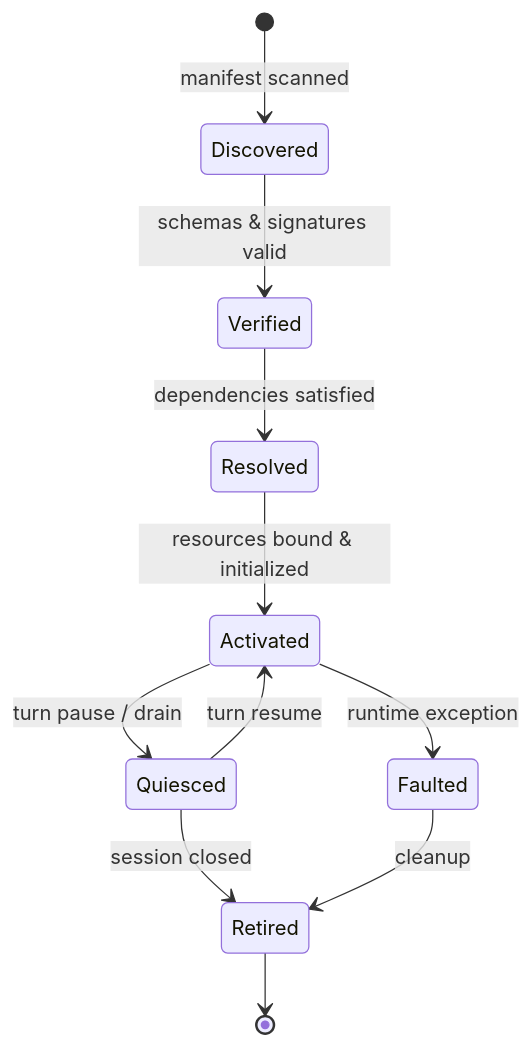
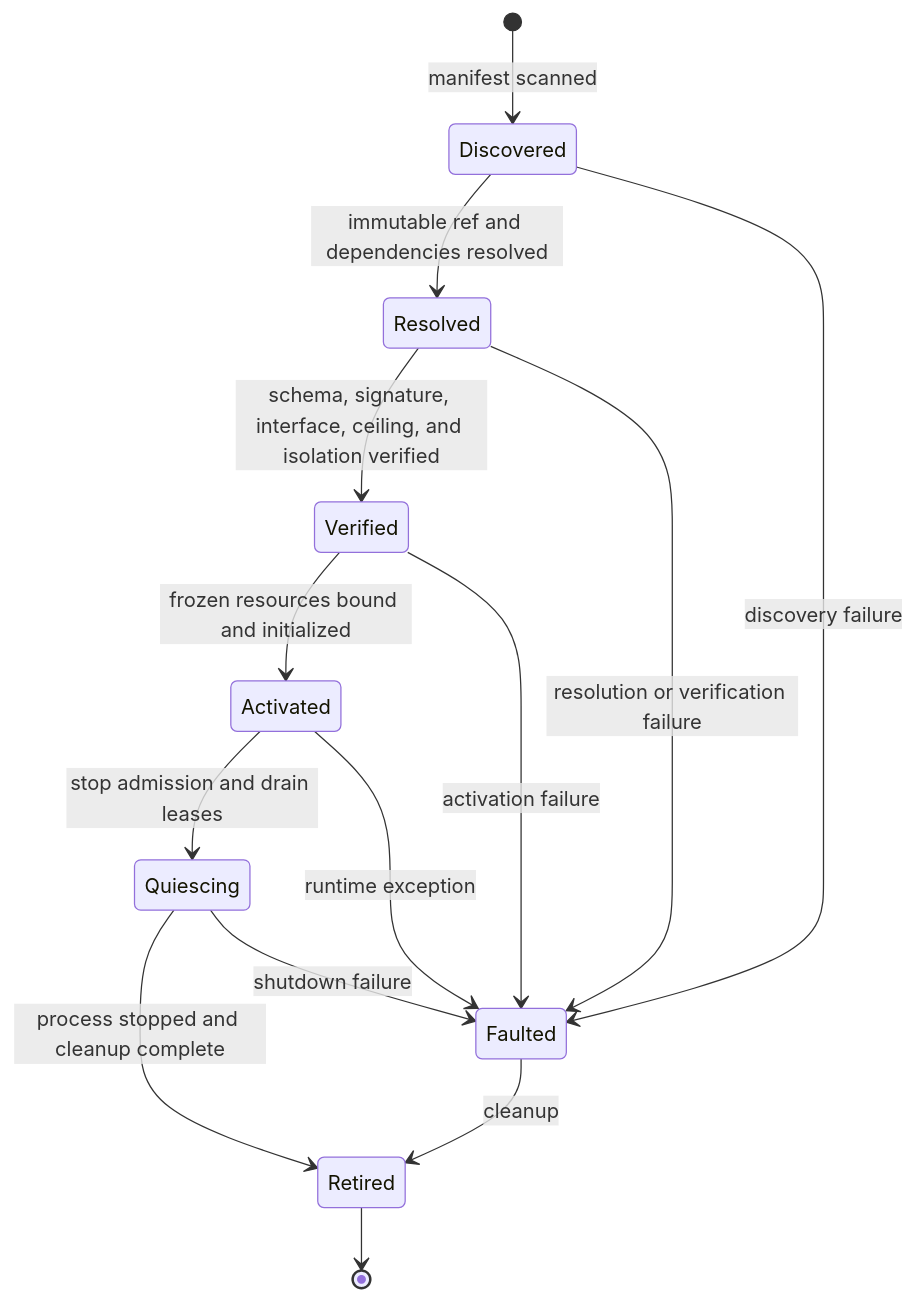
One commit to brainopensource/cognitive-framework changed the second of 2 diagrams in docs/architecture/state_machines.md. Above: the diagram before and after it, drawn with Mermaid. The commit also changed other lines of this file and 6 other files, not shown here.

````diff
--- a/docs/architecture/state_machines.md
+++ b/docs/architecture/state_machines.md
@@ -57,13 +58,16 @@
 ```mermaid
 stateDiagram-v2
     [*] --> Discovered: manifest scanned
-    Discovered --> Verified: schemas & signatures valid
-    Verified --> Resolved: dependencies satisfied
-    Resolved --> Activated: resources bound & initialized
-    Activated --> Quiesced: turn pause / drain
-    Quiesced --> Activated: turn resume
-    Quiesced --> Retired: session closed
+    Discovered --> Resolved: immutable ref and dependencies resolved
+    Resolved --> Verified: schema, signature, interface, ceiling, and isolation verified
+    Verified --> Activated: frozen resources bound and initialized
+    Activated --> Quiescing: stop admission and drain leases
+    Quiescing --> Retired: process stopped and cleanup complete
+    Discovered --> Faulted: discovery failure
+    Resolved --> Faulted: resolution or verification failure
+    Verified --> Faulted: activation failure
     Activated --> Faulted: runtime exception
+    Quiescing --> Faulted: shutdown failure
     Faulted --> Retired: cleanup
     Retired --> [*]
 ```
````
